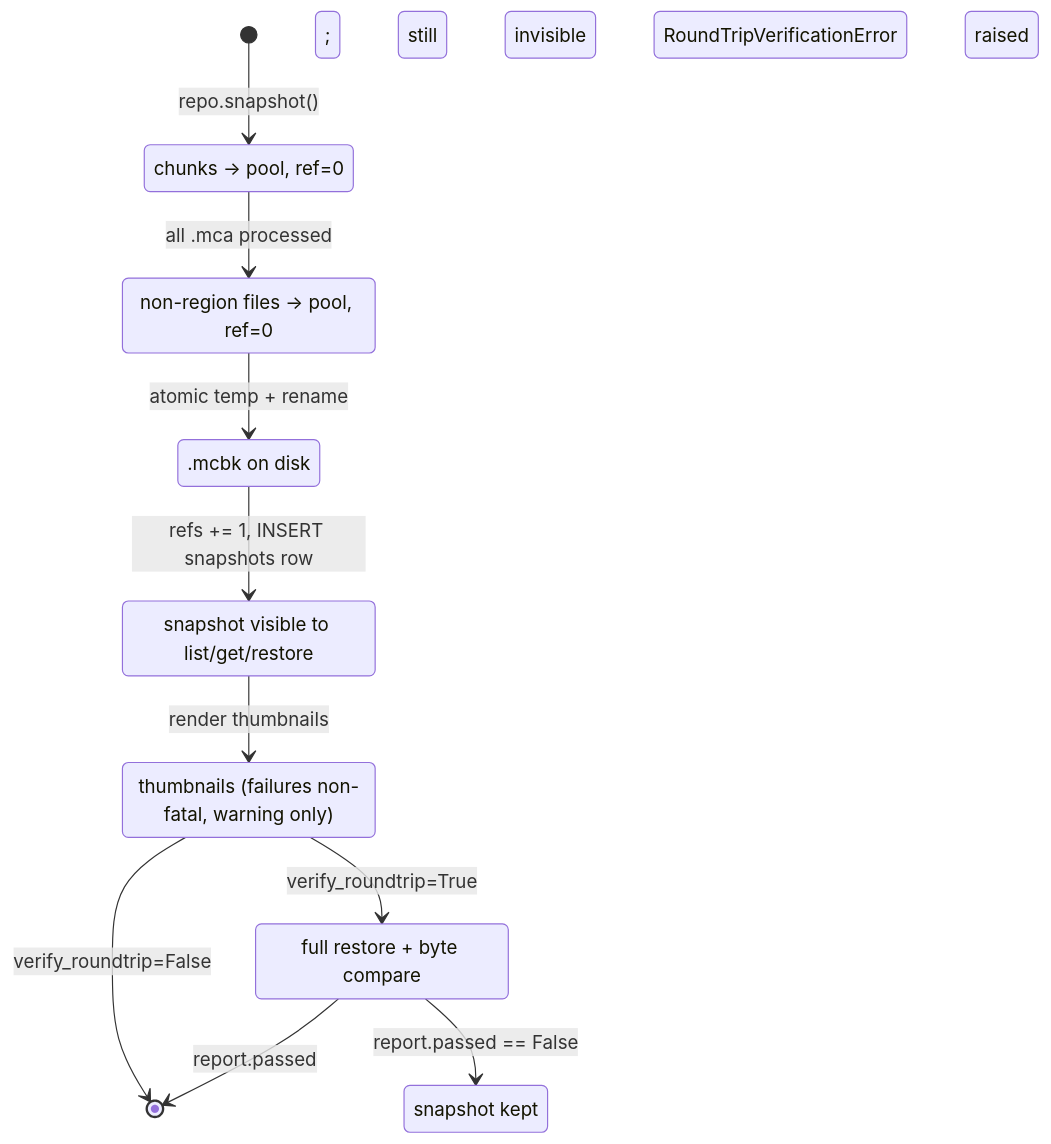
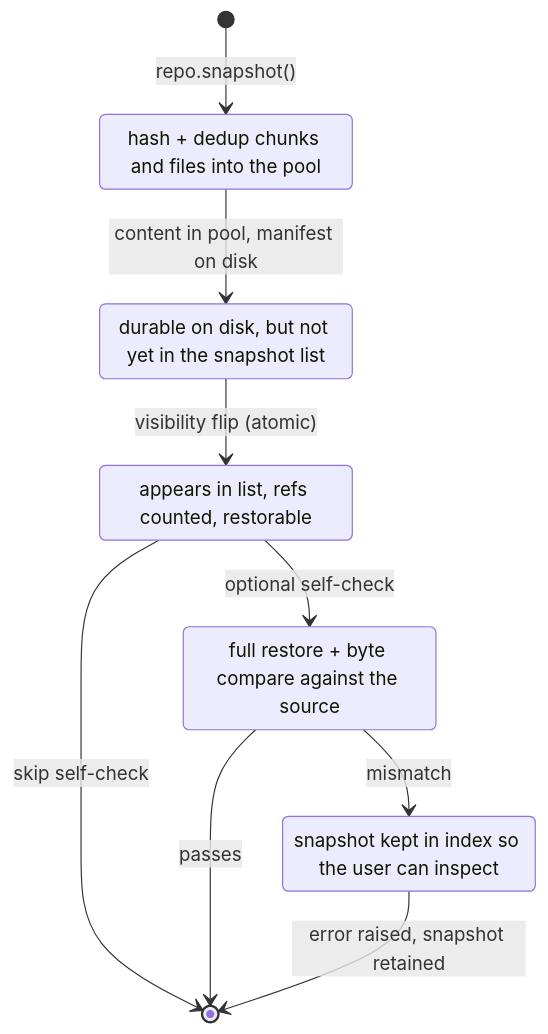
Before and after one commit to HowardDreemurr/ChunkVault: the first of 2 diagrams in README.md, drawn with Mermaid. The commit also changed other lines of this file, not shown here.

````diff
--- a/README.md
+++ b/README.md
@@ -292,20 +283,17 @@
 ```mermaid
 stateDiagram-v2
-    [*] --> RegionsPhase: repo.snapshot()
-    RegionsPhase --> FilesPhase: all .mca processed
-    FilesPhase --> ManifestWritten: atomic temp + rename
-    ManifestWritten --> Committed: refs += 1, INSERT snapshots row
-    Committed --> Tiles: render thumbnails
-    Tiles --> Verifying: verify_roundtrip=True
-    Tiles --> [*]: verify_roundtrip=False
-    Verifying --> [*]: report.passed
-    Verifying --> Failed: report.passed == False
+    [*] --> Writing: repo.snapshot()
+    Writing --> Staged: content in pool, manifest on disk
+    Staged --> Committed: visibility flip (atomic)
+    Committed --> Verifying: optional self-check
+    Committed --> [*]: skip self-check
+    Verifying --> [*]: passes
+    Verifying --> Failed: mismatch
+    Failed --> [*]: error raised, snapshot retained
 
-    RegionsPhase: chunks → pool, ref=0
-    FilesPhase: non-region files → pool, ref=0
-    ManifestWritten: .mcbk on disk; still invisible
-    Committed: snapshot visible to list/get/restore
-    Tiles: thumbnails (failures non-fatal, warning only)
-    Verifying: full restore + byte compare
-    Failed: snapshot kept; RoundTripVerificationError raised
+    Writing: hash + dedup chunks and files into the pool
+    Staged: durable on disk, but not yet in the snapshot list
+    Committed: appears in list, refs counted, restorable
+    Verifying: full restore + byte compare against the source
+    Failed: snapshot kept in index so the user can inspect
 ```
````
